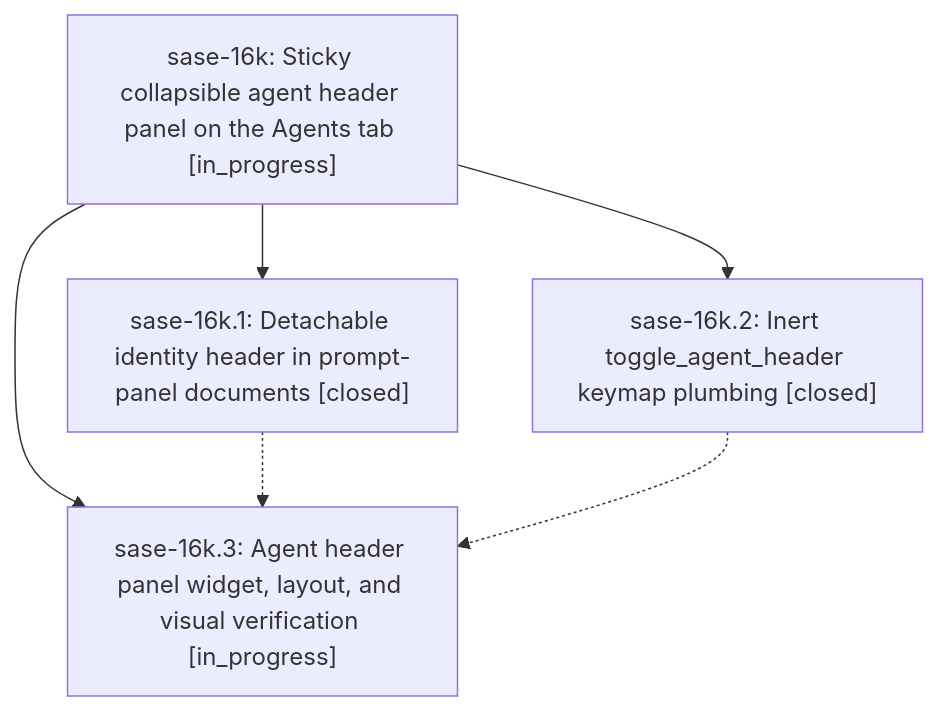
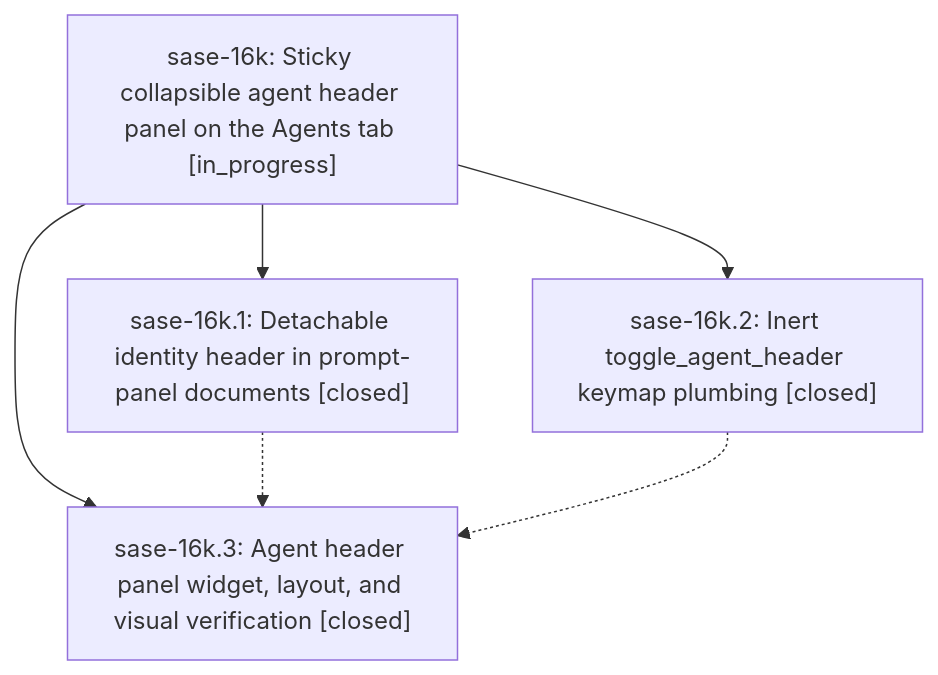
One commit to sase-org/sase--beads changed the diagram in pages/sase-16k/README.md. Above: the diagram before and after it, drawn with Mermaid. The commit also changed other lines of this file and 3 other files, not shown here.

````diff
--- a/pages/sase-16k/README.md
+++ b/pages/sase-16k/README.md
@@ -24,12 +24,12 @@
 ```mermaid
 flowchart TD
     n0["sase-16k: Sticky collapsible agent header panel on the Agents tab [in_progress]"]
     n1["sase-16k.1: Detachable identity header in prompt-panel documents [closed]"]
     n2["sase-16k.2: Inert toggle_agent_header keymap plumbing [closed]"]
-    n3["sase-16k.3: Agent header panel widget, layout, and visual verification [in_progress]"]
+    n3["sase-16k.3: Agent header panel widget, layout, and visual verification [closed]"]
     n0 --> n1
     n0 --> n2
     n0 --> n3
     n1 -.-> n3
     n2 -.-> n3
 ```
````
